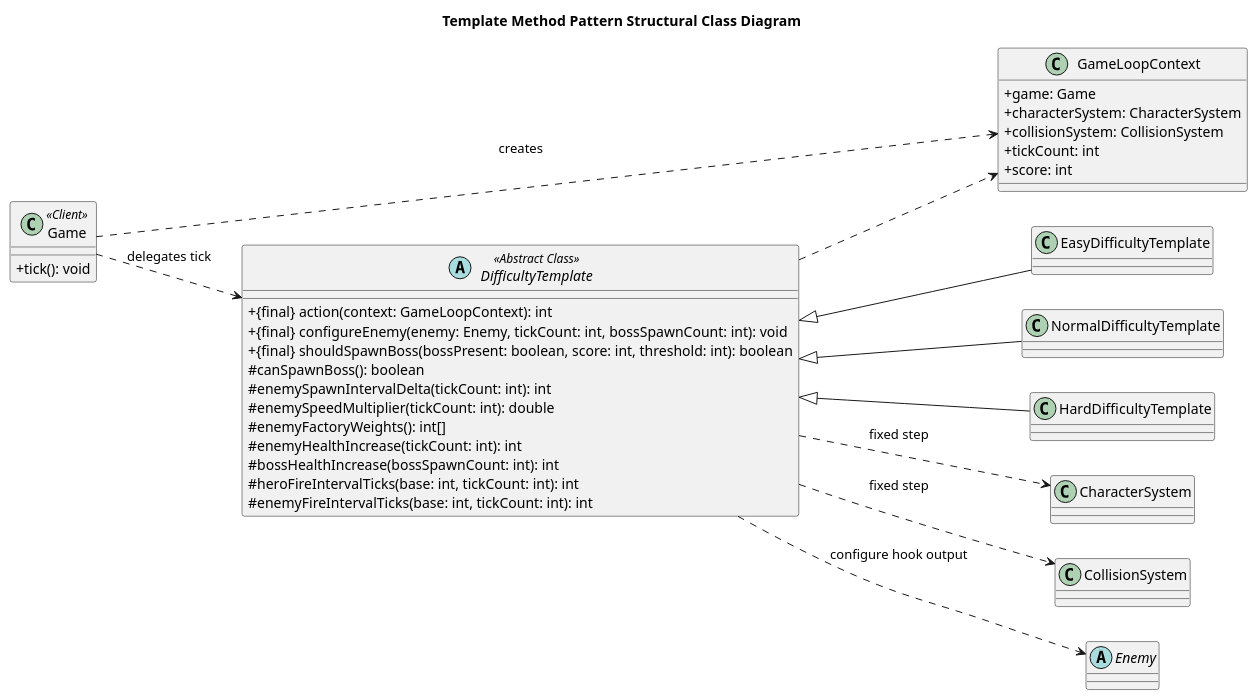
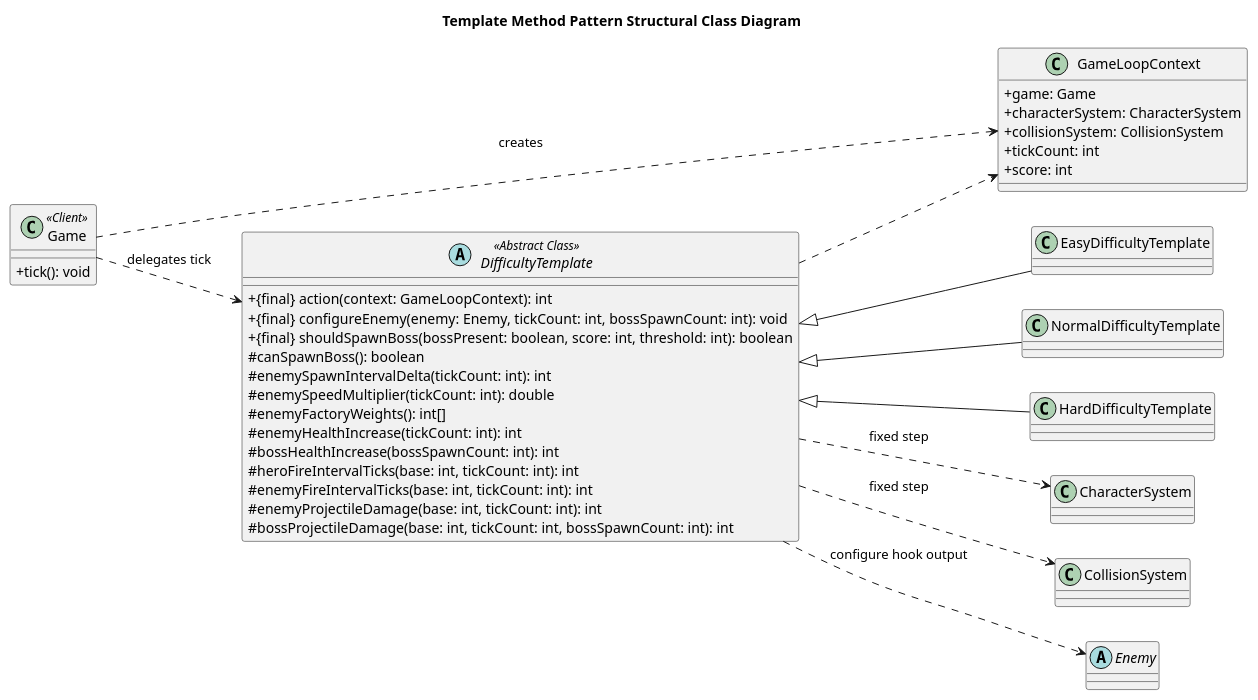
The diagram in docs/uml/TemplatePattern.puml (serianrealm/Touhou), drawn with PlantUML before and after one commit. The commit also changed 10 other files, not shown here.

```diff
--- a/docs/uml/TemplatePattern.puml
+++ b/docs/uml/TemplatePattern.puml
@@ -1,55 +1,57 @@
 @startuml
 ' Project example: game difficulty loop
 
 skinparam classAttributeIconSize 0
 skinparam shadowing false
 left to right direction
 
 title Template Method Pattern Structural Class Diagram
 
 class Game <<Client>> {
   + tick(): void
 }
 
 class GameLoopContext {
   + game: Game
   + characterSystem: CharacterSystem
   + collisionSystem: CollisionSystem
   + tickCount: int
   + score: int
 }
 
 abstract class DifficultyTemplate <<Abstract Class>> {
   + {final} action(context: GameLoopContext): int
   + {final} configureEnemy(enemy: Enemy, tickCount: int, bossSpawnCount: int): void
   + {final} shouldSpawnBoss(bossPresent: boolean, score: int, threshold: int): boolean
   # canSpawnBoss(): boolean
   # enemySpawnIntervalDelta(tickCount: int): int
   # enemySpeedMultiplier(tickCount: int): double
   # enemyFactoryWeights(): int[]
   # enemyHealthIncrease(tickCount: int): int
   # bossHealthIncrease(bossSpawnCount: int): int
   # heroFireIntervalTicks(base: int, tickCount: int): int
   # enemyFireIntervalTicks(base: int, tickCount: int): int
+  # enemyProjectileDamage(base: int, tickCount: int): int
+  # bossProjectileDamage(base: int, tickCount: int, bossSpawnCount: int): int
 }
 
 class EasyDifficultyTemplate
 class NormalDifficultyTemplate
 class HardDifficultyTemplate
 
 class CharacterSystem
 class CollisionSystem
 abstract class Enemy
 
 Game ..> DifficultyTemplate : delegates tick
 Game ..> GameLoopContext : creates
 DifficultyTemplate ..> GameLoopContext
 DifficultyTemplate ..> CharacterSystem : fixed step
 DifficultyTemplate ..> CollisionSystem : fixed step
 DifficultyTemplate ..> Enemy : configure hook output
 
 DifficultyTemplate <|-- EasyDifficultyTemplate
 DifficultyTemplate <|-- NormalDifficultyTemplate
 DifficultyTemplate <|-- HardDifficultyTemplate
 
 @enduml
```
